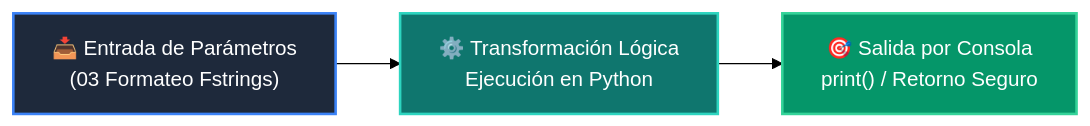
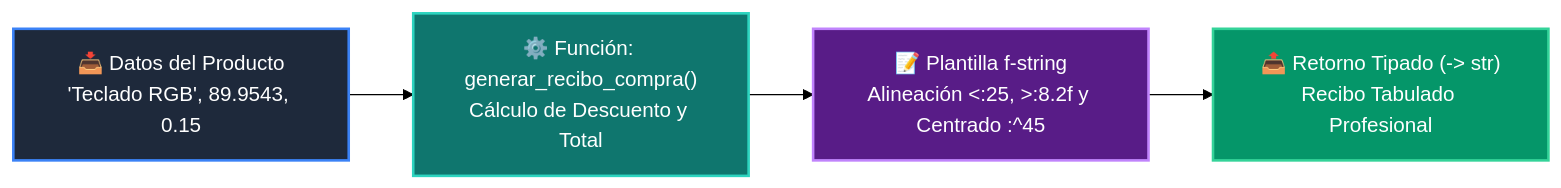
One commit to wisrovi/wisrovi-python changed the diagram in 01-fundamentos-python/clase-02-variables-y-tipos/ejemplos/ejemplo_03_formateo_fstrings/README.md. Above: the diagram before and after it, drawn with Mermaid (forest theme). The commit also changed other lines of this file and 38 other files, not shown here.

````diff
--- a/01-fundamentos-python/clase-02-variables-y-tipos/ejemplos/ejemplo_03_formateo_fstrings/README.md
+++ b/01-fundamentos-python/clase-02-variables-y-tipos/ejemplos/ejemplo_03_formateo_fstrings/README.md
@@ -19,9 +19,11 @@
 ```mermaid
 flowchart LR
-    A["📥 Entrada de Parámetros<br/>(03 Formateo Fstrings)"] --> B["⚙️ Transformación Lógica<br/>Ejecución en Python"]
-    B --> C["🎯 Salida por Consola<br/>print() / Retorno Seguro"]
+    A["📥 Datos del Producto<br/>'Teclado RGB', 89.9543, 0.15"] --> B["⚙️ Función: generar_recibo_compra()<br/>Cálculo de Descuento y Total"]
+    B --> C["📝 Plantilla f-string<br/>Alineación <:25, >:8.2f y Centrado :^45"]
+    C --> D["📤 Retorno Tipado (-> str)<br/>Recibo Tabulado Profesional"]
 
     style A fill:#1e293b,color:#ffffff,stroke:#3b82f6,stroke-width:2px
     style B fill:#0f766e,color:#ffffff,stroke:#2dd4bf,stroke-width:2px
-    style C fill:#059669,color:#ffffff,stroke:#34d399,stroke-width:2px
+    style C fill:#581c87,color:#ffffff,stroke:#c084fc,stroke-width:2px
+    style D fill:#059669,color:#ffffff,stroke:#34d399,stroke-width:2px
 ```
````
